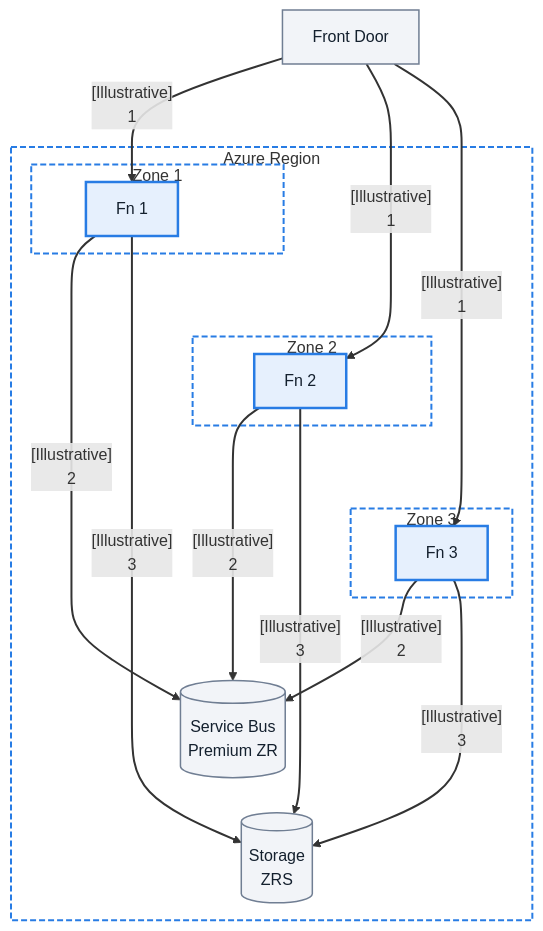
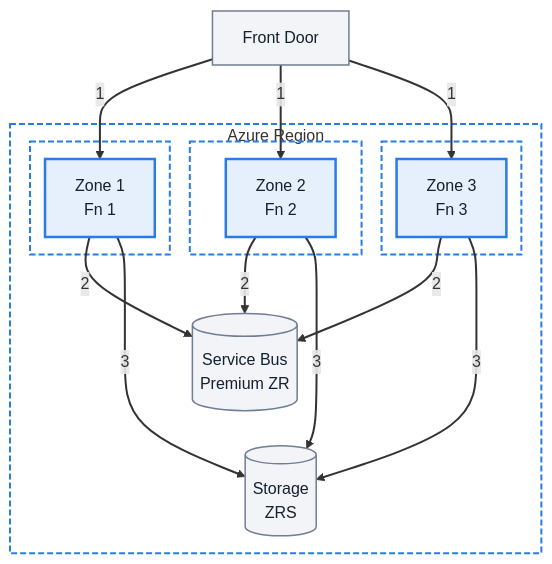
One commit to yeongseon/azure-functions-practical-guide changed the third of 4 diagrams in docs/platform/reliability.md. Above: the diagram before and after it, drawn with Mermaid. The commit also changed other lines of this file and 3 other files, not shown here.

Commit message:
docs(diagrams): make zone layout and retry sequence legible and qualify provenance (#567)

````diff
--- a/docs/platform/reliability.md
+++ b/docs/platform/reliability.md
@@ -338,40 +337,38 @@
 ```mermaid
 %%{init: {'flowchart': {'nodeSpacing': 10, 'rankSpacing': 35}}}%%
 flowchart TD
     accTitle: Zone-resilient compute and shared dependencies
-    accDescr: Illustrative regional architecture retains function instances in three availability zones, shared Service Bus Premium and ZRS Storage dependencies, and optional global HTTP routing outside the region. Zone boxes describe availability, not customer subnets. Traffic Manager is a DNS alternative explained in the key.
+    accDescr: Illustrative regional architecture (all numbered links are illustrative) retains function instances in three availability zones, shared Service Bus Premium and ZRS Storage dependencies, and optional global HTTP routing outside the region. Zone boxes describe availability, not customer subnets. Traffic Manager is a DNS alternative explained in the key.
     ingress["Front Door"]
     subgraph Region["Azure Region"]
-        subgraph Z1["Zone 1"]
-            app_runtime_1["Fn 1"]
+        subgraph Z1[" "]
+            app_runtime_1["Zone 1<br/>Fn 1"]
         end
-        subgraph Z2["Zone 2"]
-            app_runtime_2["Fn 2"]
+        subgraph Z2[" "]
+            app_runtime_2["Zone 2<br/>Fn 2"]
         end
-        subgraph Z3["Zone 3"]
-            app_runtime_3["Fn 3"]
+        subgraph Z3[" "]
+            app_runtime_3["Zone 3<br/>Fn 3"]
         end
         storage_db_bus[("Service Bus<br/>Premium ZR")]
         storage_db[("Storage<br/>ZRS")]
     end
-    ingress -->|"[Illustrative]<br/>1"| app_runtime_1
-    ingress -->|"[Illustrative]<br/>1"| app_runtime_2
-    ingress -->|"[Illustrative]<br/>1"| app_runtime_3
-    app_runtime_1 -->|"[Illustrative]<br/>2"| storage_db_bus
-    app_runtime_2 -->|"[Illustrative]<br/>2"| storage_db_bus
-    app_runtime_3 -->|"[Illustrative]<br/>2"| storage_db_bus
-    app_runtime_1 -->|"[Illustrative]<br/>3"| storage_db
-    app_runtime_2 -->|"[Illustrative]<br/>3"| storage_db
-    app_runtime_3 -->|"[Illustrative]<br/>3"| storage_db
+    ingress -->|"1"| app_runtime_1
+    ingress -->|"1"| app_runtime_2
+    ingress -->|"1"| app_runtime_3
+    app_runtime_1 -->|"2"| storage_db_bus
+    app_runtime_2 -->|"2"| storage_db_bus
+    app_runtime_3 -->|"2"| storage_db_bus
+    app_runtime_1 -->|"3"| storage_db
+    app_runtime_2 -->|"3"| storage_db
+    app_runtime_3 -->|"3"| storage_db
     %% Layout-only tiers add no transport connections or zone dependencies.
-    app_runtime_1 ~~~ app_runtime_2
-    app_runtime_2 ~~~ app_runtime_3
     storage_db_bus ~~~ storage_db
     classDef baseNeutral fill:#f2f4f8,stroke:#707e93,stroke-width:1.5px,color:#14202e;
     classDef focusActive fill:#e6f0fd,stroke:#287ce4,stroke-width:2.5px,color:#14202e;
     classDef netBox fill:transparent,stroke:#287ce4,stroke-width:2px,stroke-dasharray:6 3;
     class ingress,storage_db_bus,storage_db baseNeutral;
     class app_runtime_1,app_runtime_2,app_runtime_3 focusActive;
     class Region,Z1,Z2,Z3 netBox;
     linkStyle default stroke-width:2px;
 ```
````
